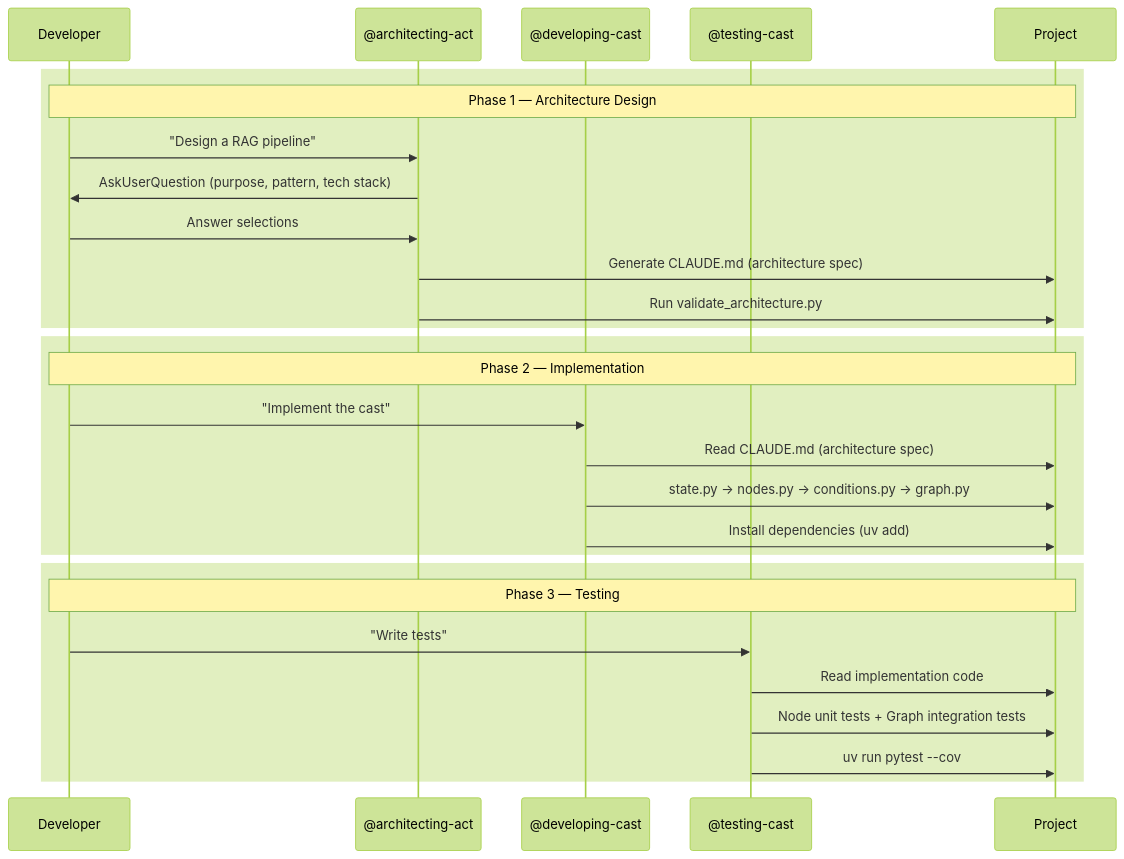
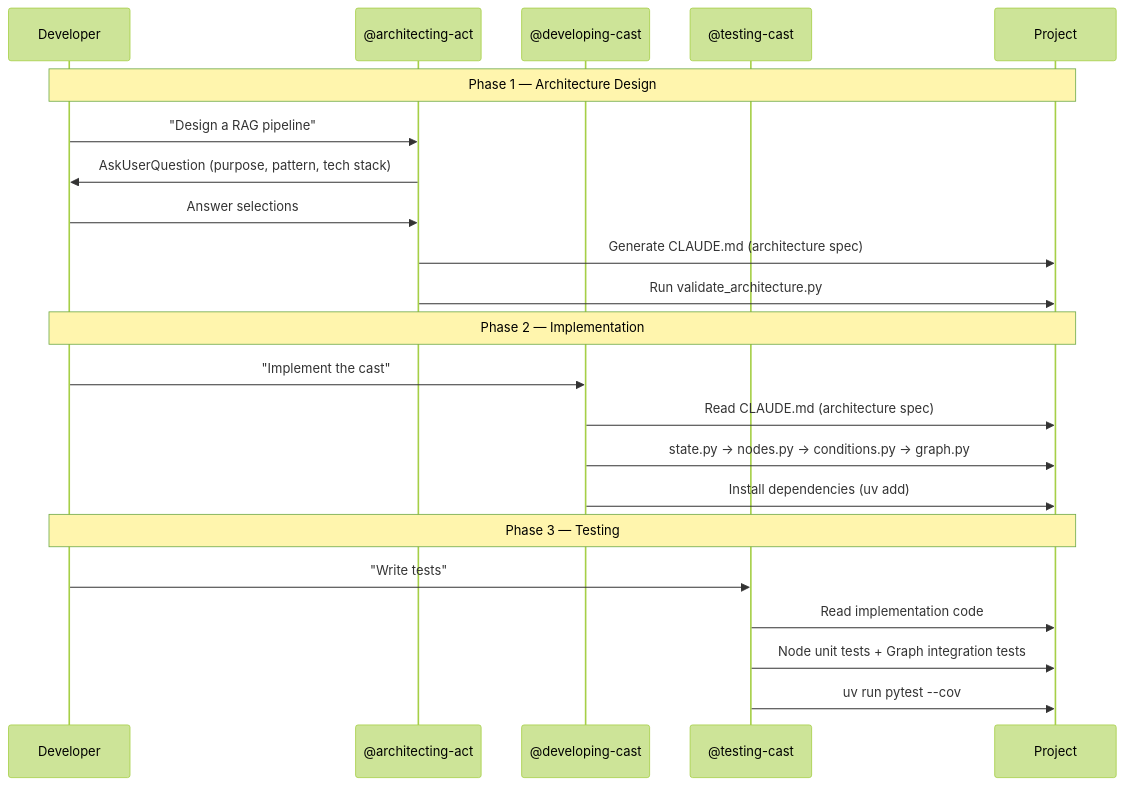
One commit to Proact0/act-operator changed the third of 3 diagrams in README.md. Above: the diagram before and after it, drawn with Mermaid (forest theme). The commit also changed 1 other file, not shown here.

Commit message:
docs: streamline sequence diagram formatting in README for improved clarity and consistency across project phases

````diff
--- a/README.md
+++ b/README.md
@@ -224,33 +224,27 @@
 ```mermaid
 sequenceDiagram
     participant U as Developer
     participant AA as @architecting-act
     participant DC as @developing-cast
     participant TC as @testing-cast
     participant P as Project
 
-    rect
-        Note over U,P: Phase 1 — Architecture Design
-        U->>AA: "Design a RAG pipeline"
-        AA->>U: AskUserQuestion (purpose, pattern, tech stack)
-        U->>AA: Answer selections
-        AA->>P: Generate CLAUDE.md (architecture spec)
-        AA->>P: Run validate_architecture.py
-    end
+    Note over U,P: Phase 1 — Architecture Design
+    U->>AA: "Design a RAG pipeline"
+    AA->>U: AskUserQuestion (purpose, pattern, tech stack)
+    U->>AA: Answer selections
+    AA->>P: Generate CLAUDE.md (architecture spec)
+    AA->>P: Run validate_architecture.py
 
-    rect 
-        Note over U,P: Phase 2 — Implementation
-        U->>DC: "Implement the cast"
-        DC->>P: Read CLAUDE.md (architecture spec)
-        DC->>P: state.py → nodes.py → conditions.py → graph.py
-        DC->>P: Install dependencies (uv add)
-    end
+    Note over U,P: Phase 2 — Implementation
+    U->>DC: "Implement the cast"
+    DC->>P: Read CLAUDE.md (architecture spec)
+    DC->>P: state.py → nodes.py → conditions.py → graph.py
+    DC->>P: Install dependencies (uv add)
 
-    rect
-        Note over U,P: Phase 3 — Testing
-        U->>TC: "Write tests"
-        TC->>P: Read implementation code
-        TC->>P: Node unit tests + Graph integration tests
-        TC->>P: uv run pytest --cov
-    end
+    Note over U,P: Phase 3 — Testing
+    U->>TC: "Write tests"
+    TC->>P: Read implementation code
+    TC->>P: Node unit tests + Graph integration tests
+    TC->>P: uv run pytest --cov
 ```
````
